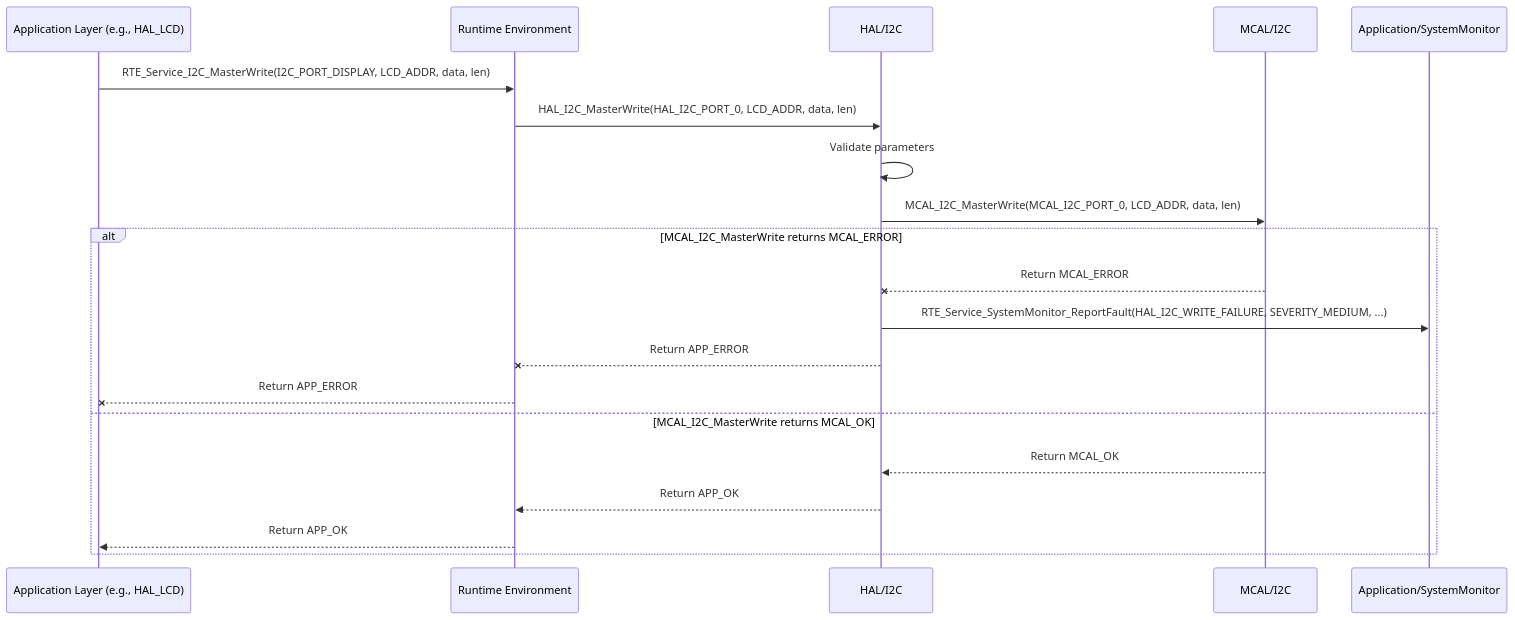
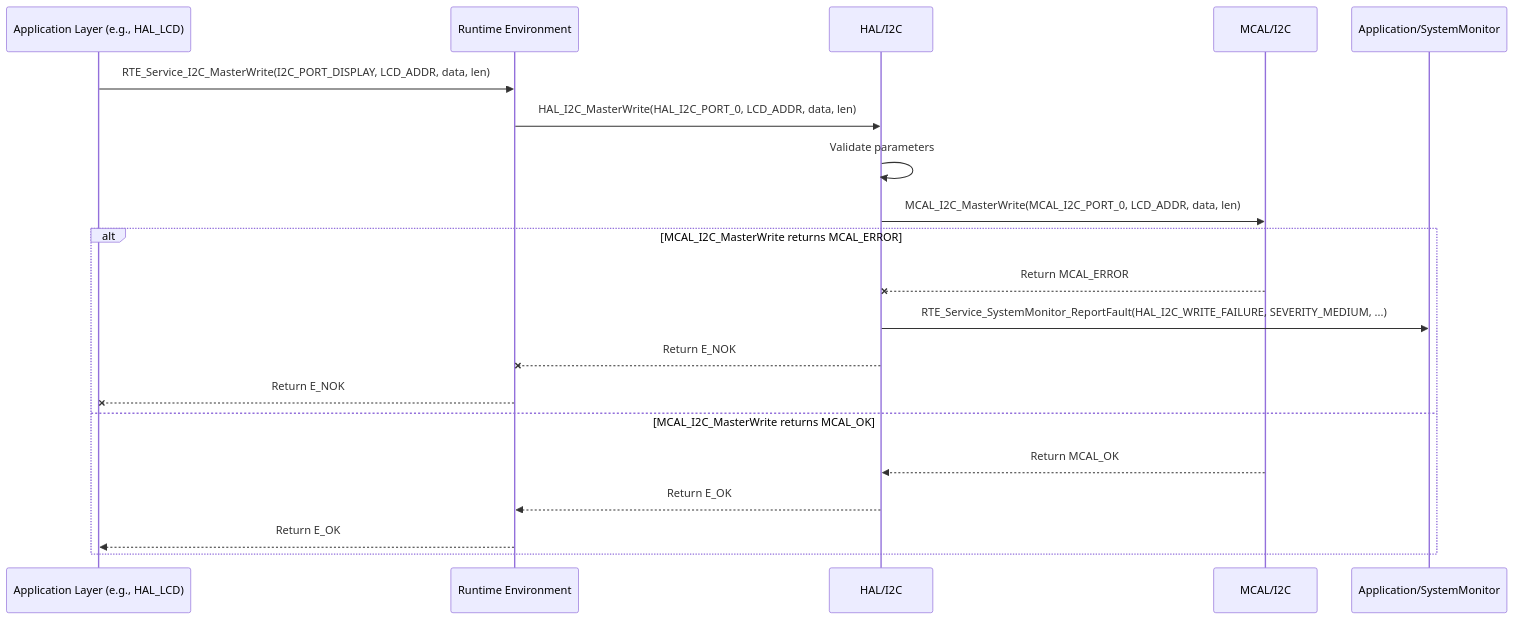
Before and after one commit to ashaker-2/Platform: the diagram in Requiremets/Design/HAL/HAL_I2C.md, drawn with Mermaid. The commit also changed other lines of this file and 716 other files, not shown here.

````diff
--- a/Requiremets/Design/HAL/HAL_I2C.md
+++ b/Requiremets/Design/HAL/HAL_I2C.md
@@ -165,23 +165,23 @@
 ```mermaid
 sequenceDiagram  
     participant App as Application Layer (e.g., HAL_LCD)  
     participant RTE as Runtime Environment  
     participant HAL_I2C as HAL/I2C  
     participant MCAL_I2C as MCAL/I2C  
     participant SystemMonitor as Application/SystemMonitor
 
     App->>RTE: RTE_Service_I2C_MasterWrite(I2C_PORT_DISPLAY, LCD_ADDR, data, len)  
     RTE->>HAL_I2C: HAL_I2C_MasterWrite(HAL_I2C_PORT_0, LCD_ADDR, data, len)  
     HAL_I2C->>HAL_I2C: Validate parameters  
     HAL_I2C->>MCAL_I2C: MCAL_I2C_MasterWrite(MCAL_I2C_PORT_0, LCD_ADDR, data, len)  
     alt MCAL_I2C_MasterWrite returns MCAL_ERROR  
         MCAL_I2C--xHAL_I2C: Return MCAL_ERROR  
         HAL_I2C->>SystemMonitor: RTE_Service_SystemMonitor_ReportFault(HAL_I2C_WRITE_FAILURE, SEVERITY_MEDIUM, ...)  
-        HAL_I2C--xRTE: Return APP_ERROR  
-        RTE--xApp: Return APP_ERROR  
+        HAL_I2C--xRTE: Return E_NOK  
+        RTE--xApp: Return E_NOK  
     else MCAL_I2C_MasterWrite returns MCAL_OK  
         MCAL_I2C-->>HAL_I2C: Return MCAL_OK  
-        HAL_I2C-->>RTE: Return APP_OK  
-        RTE-->>App: Return APP_OK  
+        HAL_I2C-->>RTE: Return E_OK  
+        RTE-->>App: Return E_OK  
     end
 ```
````
